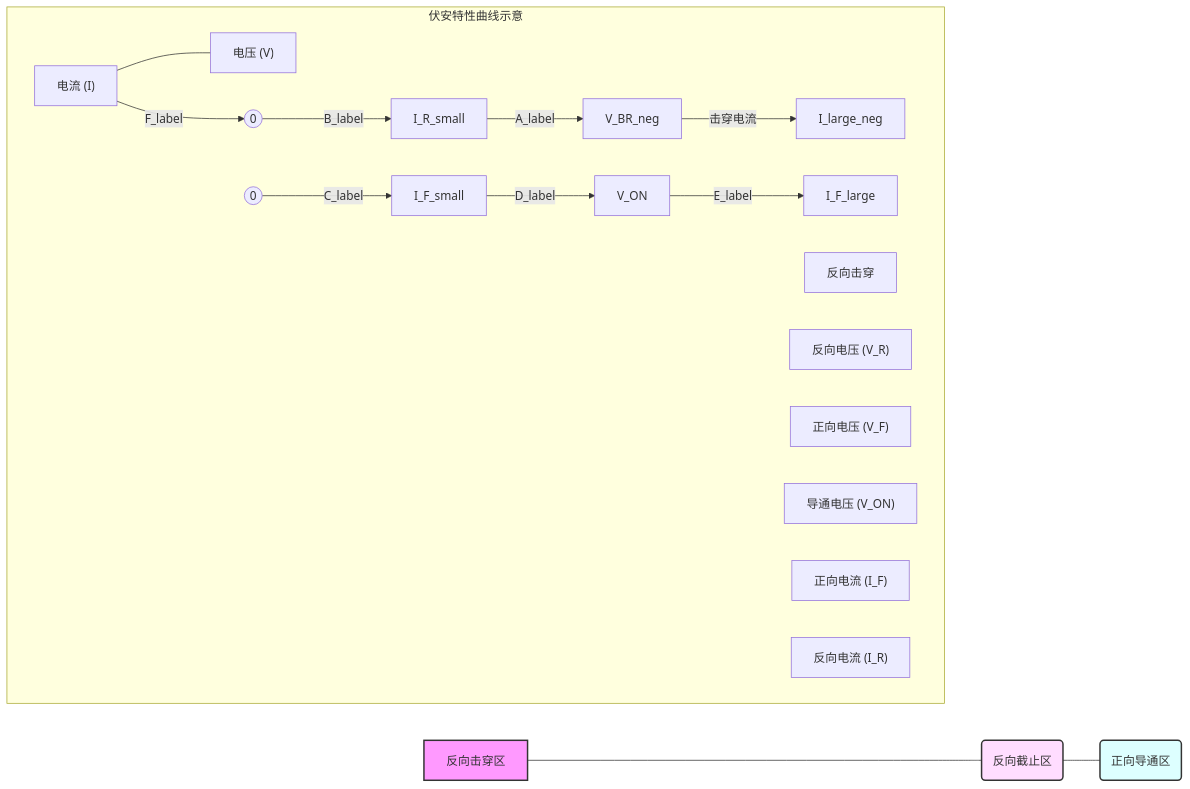
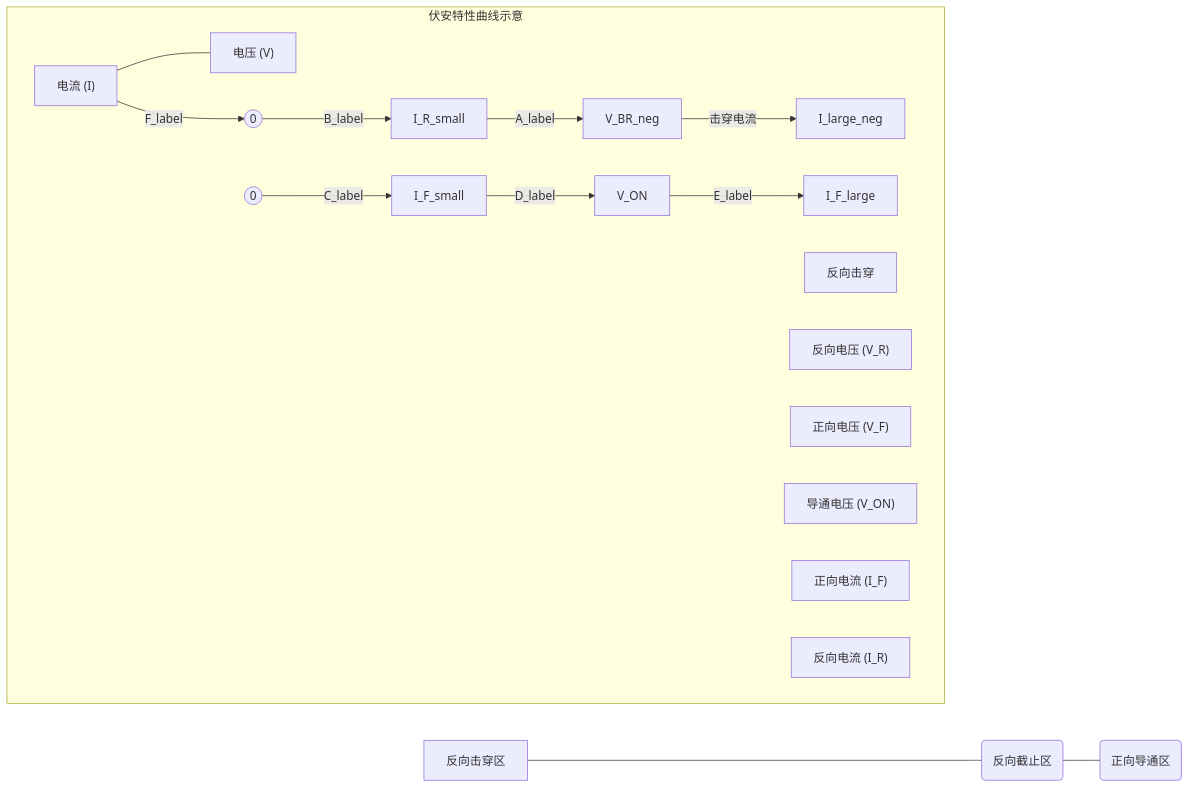
Before and after one commit to teatang/t-blog: the first of 9 diagrams in source/_posts/2024/2024-05-10_模拟电子电路详解.md, drawn with Mermaid. The commit also changed other lines of this file and 24 other files, not shown here.

```diff
--- a/source/_posts/2024/2024-05-10_模拟电子电路详解.md
+++ b/source/_posts/2024/2024-05-10_模拟电子电路详解.md
@@ -68,30 +68,27 @@
 {% mermaid %}
 graph LR
     A[反向击穿区] --- B(反向截止区)
     B --- C(正向导通区)
-    style A fill:#f9f,stroke:#333,stroke-width:2px
-    style B fill:#fdf,stroke:#333,stroke-width:2px
-    style C fill:#dff,stroke:#333,stroke-width:2px
 
     subgraph 伏安特性曲线示意
         direction LR
         I["电流 (I)"]
         V["电压 (V)"]
         I --- V
         A_label["反向击穿"]
         B_label["反向电压 (V_R)"]
         C_label["正向电压 (V_F)"]
         D_label["导通电压 (V_ON)"]
         E_label["正向电流 (I_F)"]
         F_label["反向电流 (I_R)"]
 
         I -- F_label --> V_R_neg((0))
         V_R_neg -- B_label --> I_R_small
         I_R_small -- A_label --> V_BR_neg
         V_BR_neg -- "击穿电流" --> I_large_neg
 
         V_F_pos((0)) -- C_label --> I_F_small
         I_F_small -- D_label --> V_ON
         V_ON -- E_label --> I_F_large
     end
 {% endmermaid %}
```
